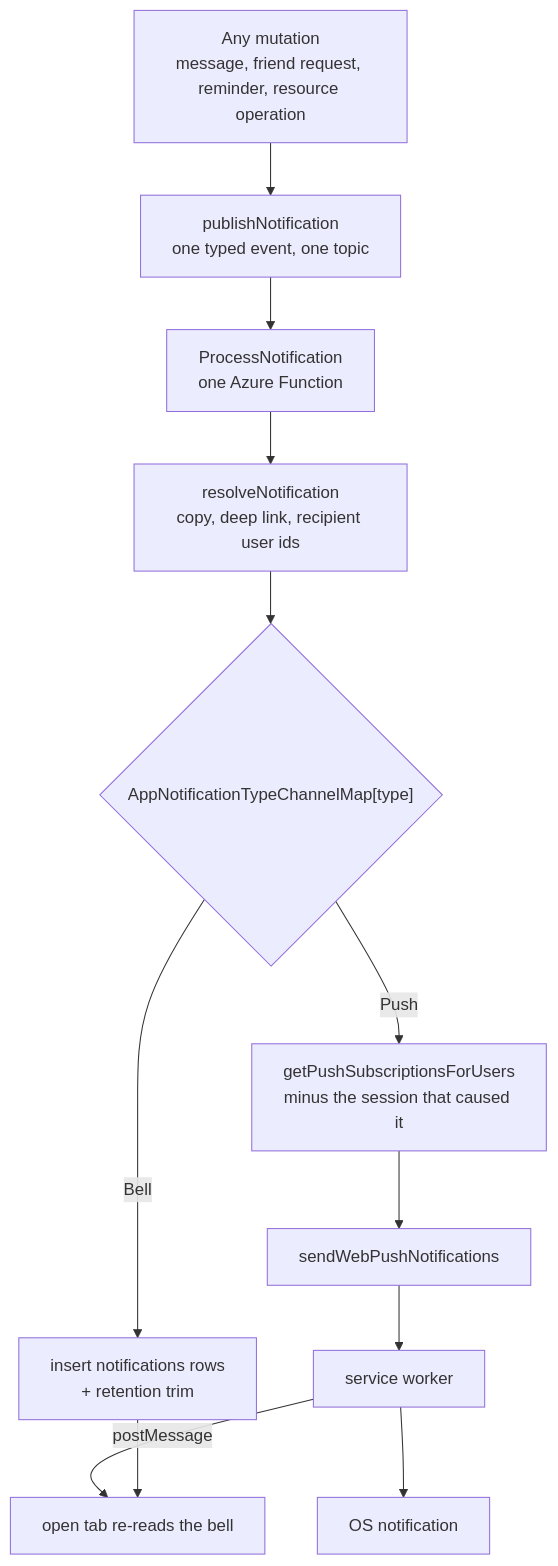
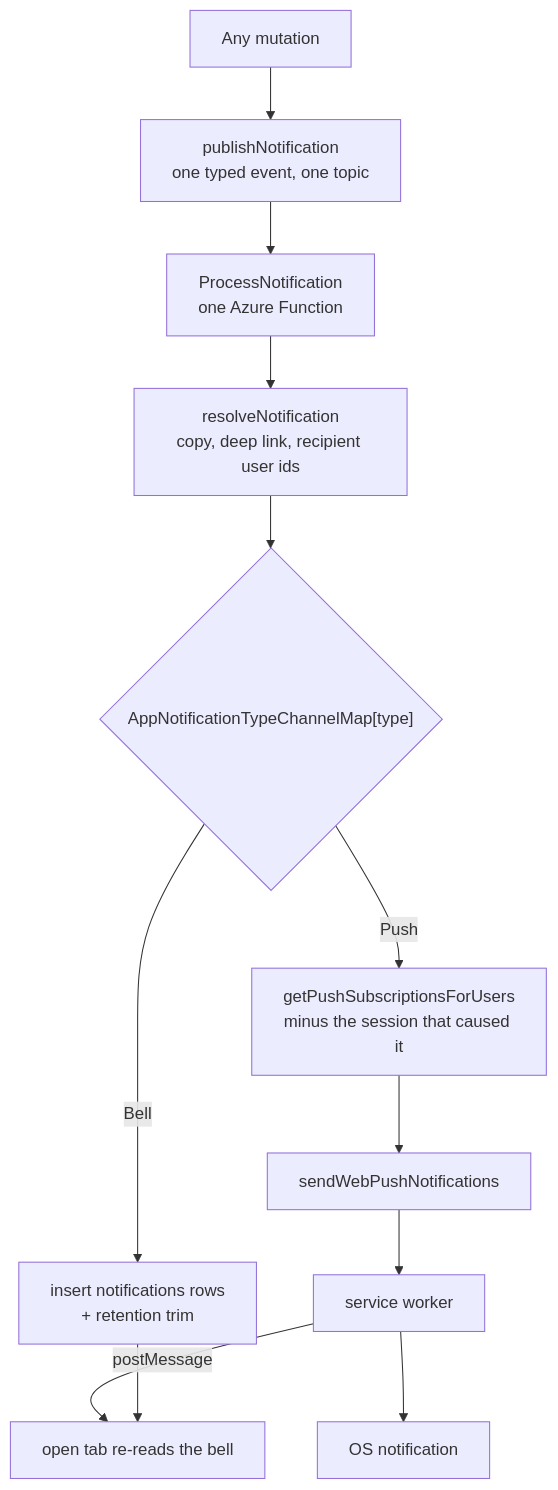
Before and after one commit to Esposter/Esposter: the diagram in openspec/specs/architecture/notifications/design.md, drawn with Mermaid. The commit also changed other lines of this file and 9 other files, not shown here.

````diff
--- a/openspec/specs/architecture/notifications/design.md
+++ b/openspec/specs/architecture/notifications/design.md
@@ -9,14 +9,14 @@
 ```mermaid
 flowchart TD
-  SRC["Any mutation<br/>message, friend request, reminder, resource operation"] --> PUB["publishNotification<br/>one typed event, one topic"]
+  SRC["Any mutation"] --> PUB["publishNotification<br/>one typed event, one topic"]
   PUB --> FN["ProcessNotification<br/>one Azure Function"]
   FN --> RES["resolveNotification<br/>copy, deep link, recipient user ids"]
   RES --> POL{"AppNotificationTypeChannelMap[type]"}
   POL -->|Bell| ROW["insert notifications rows<br/>+ retention trim"]
   POL -->|Push| SUB["getPushSubscriptionsForUsers<br/>minus the session that caused it"]
   SUB --> WP["sendWebPushNotifications"]
   WP --> SW["service worker"]
   SW --> OS["OS notification"]
   SW -->|postMessage| TAB["open tab re-reads the bell"]
   ROW --> TAB
 ```
````
